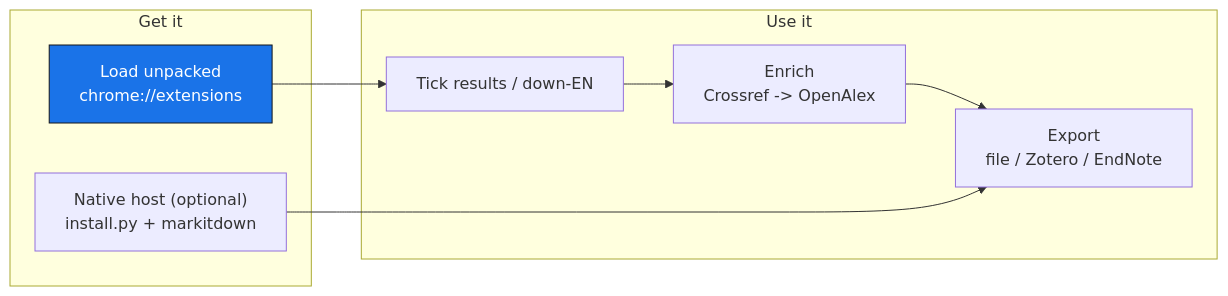
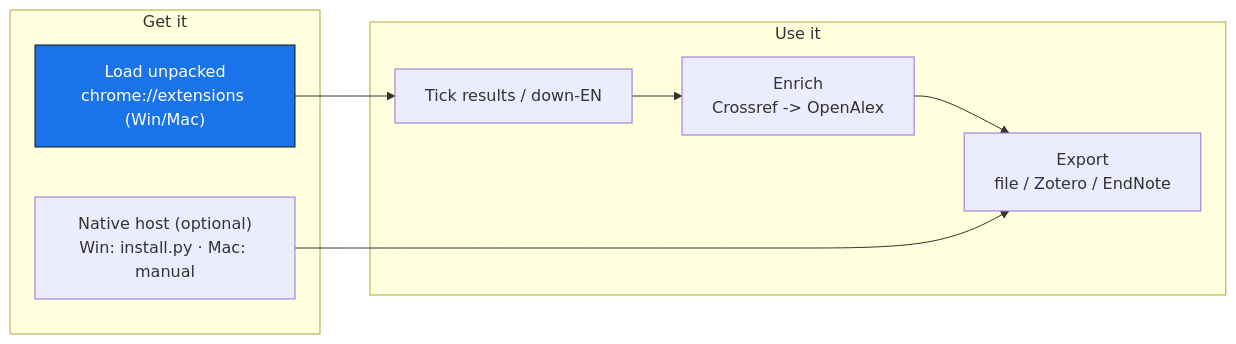
Before and after one commit to AliAwaisKhalid/scholar-to-endnote: the diagram in SETUP.md, drawn with Mermaid. The commit also changed other lines of this file and 2 other files, not shown here.

Commit message:
Add MIT LICENSE; SETUP.md per-OS steps (Windows/macOS/Chrome); README license note

````diff
--- a/SETUP.md
+++ b/SETUP.md
@@ -42,16 +77,16 @@
 ```mermaid
 flowchart LR
   subgraph get["Get it"]
-    unpacked["Load unpacked<br/>chrome://extensions"]
-    host["Native host (optional)<br/>install.py + markitdown"]
+    unpacked["Load unpacked<br/>chrome://extensions (Win/Mac)"]
+    host["Native host (optional)<br/>Win: install.py · Mac: manual"]
   end
   subgraph run["Use it"]
     pick["Tick results / down-EN"]
     enrich["Enrich<br/>Crossref -> OpenAlex"]
     out["Export<br/>file / Zotero / EndNote"]
   end
   unpacked --> pick --> enrich --> out
   host --> out
   classDef best fill:#1a73e8,stroke:#15161a,color:#fff
   class unpacked best
 ```
````
